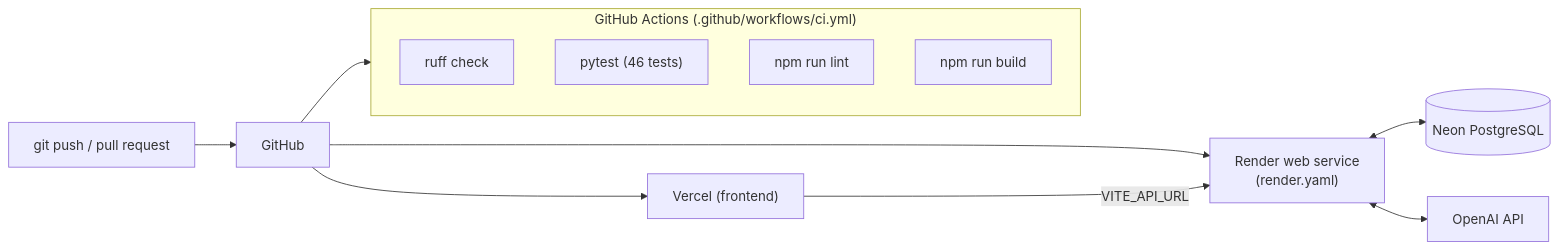
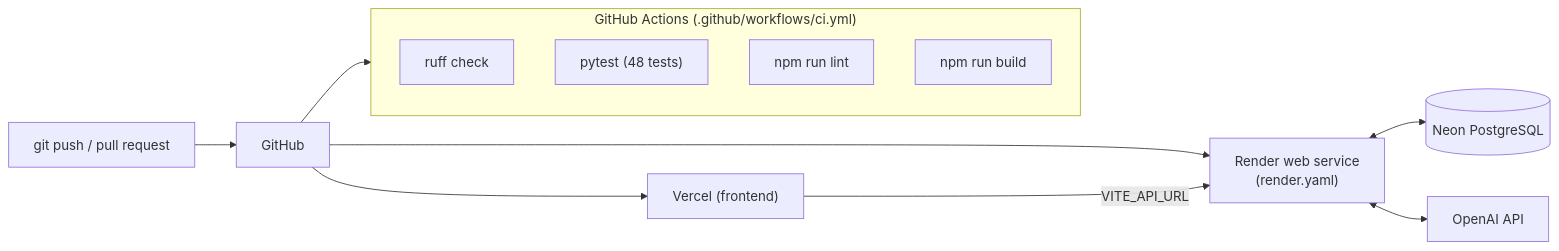
The fourth of 4 diagrams in docs/SYSTEM_ARCHITECTURE.md (BenaiahAsis/online-seller-assistant), drawn with Mermaid before and after one commit. The commit also changed other lines of this file and 6 other files, not shown here.

````diff
--- a/docs/SYSTEM_ARCHITECTURE.md
+++ b/docs/SYSTEM_ARCHITECTURE.md
@@ -318,16 +318,16 @@
 ```mermaid
 flowchart LR
     Dev["git push / pull request"] --> GH["GitHub"]
     GH --> CI
     subgraph CI ["GitHub Actions (.github/workflows/ci.yml)"]
         LintPy["ruff check"]
-        TestPy["pytest (46 tests)"]
+        TestPy["pytest (48 tests)"]
         LintJS["npm run lint"]
         BuildJS["npm run build"]
     end
     GH --> Render["Render web service\n(render.yaml)"]
     GH --> Vercel["Vercel (frontend)"]
     Render <--> Neon[("Neon PostgreSQL")]
     Render <--> OpenAI["OpenAI API"]
     Vercel -->|"VITE_API_URL"| Render
 ```
````
